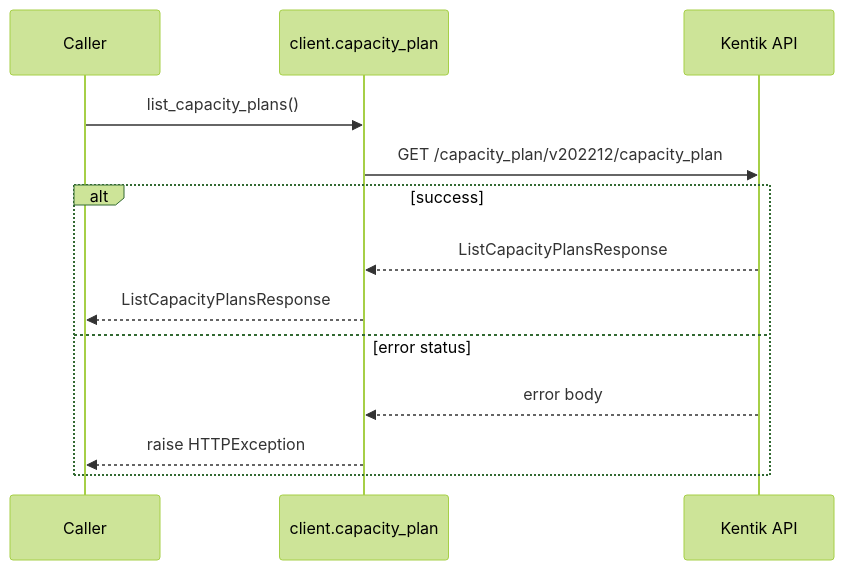
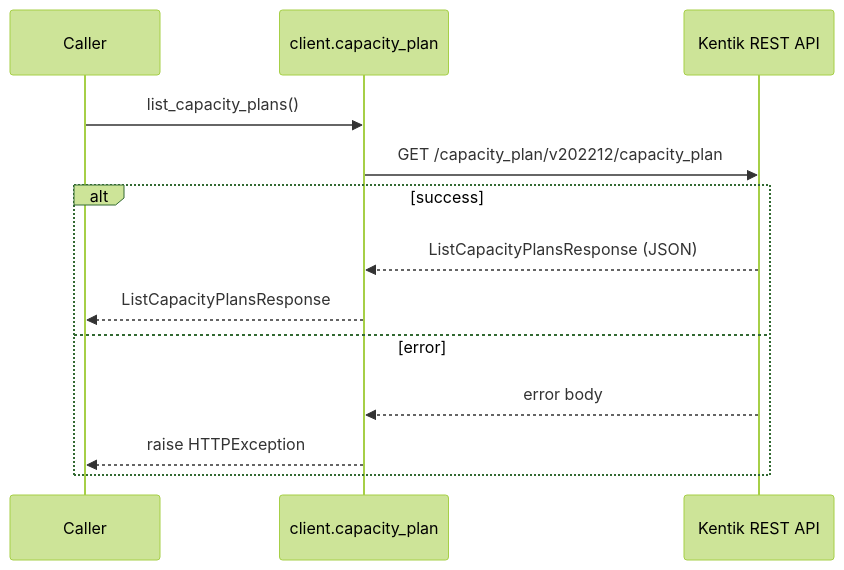
The second of 10 diagrams in docs/sphinx/services/capacity_plan.md (alexdearaujo/community_sdk_python), drawn with Mermaid (forest theme) before and after one commit. The commit also changed other lines of this file and 61 other files, not shown here.

````diff
--- a/docs/sphinx/services/capacity_plan.md
+++ b/docs/sphinx/services/capacity_plan.md
@@ -33,16 +35,16 @@
 ```mermaid
 sequenceDiagram
     participant C as Caller
     participant W as client.capacity_plan
-    participant API as Kentik API
+    participant API as Kentik REST API
 
     C->>W: list_capacity_plans()
     W->>API: GET /capacity_plan/v202212/capacity_plan
     alt success
-        API-->>W: ListCapacityPlansResponse
+        API-->>W: ListCapacityPlansResponse (JSON)
         W-->>C: ListCapacityPlansResponse
-    else error status
+    else error
         API-->>W: error body
         W-->>C: raise HTTPException
     end
 ```
````
